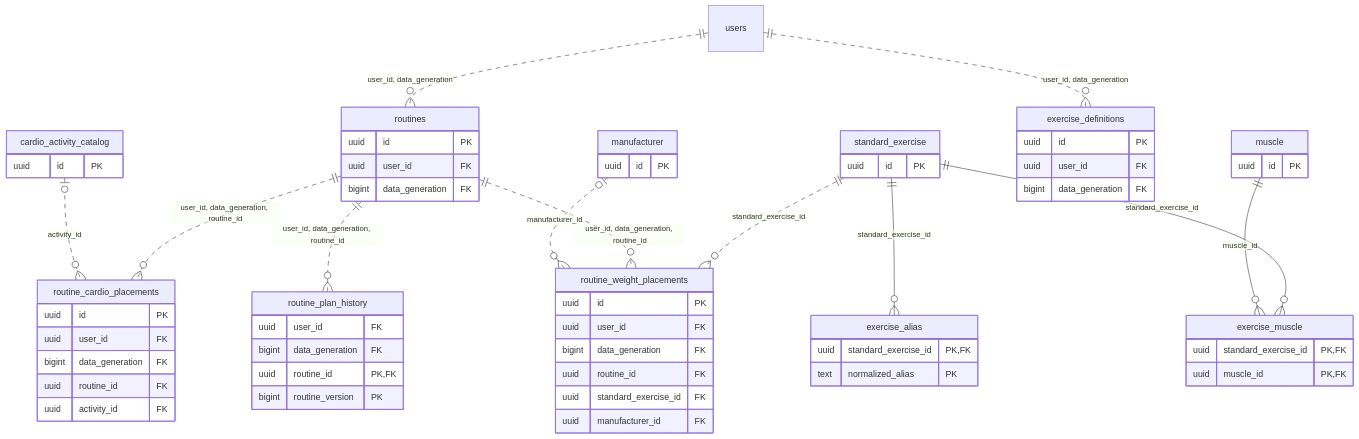
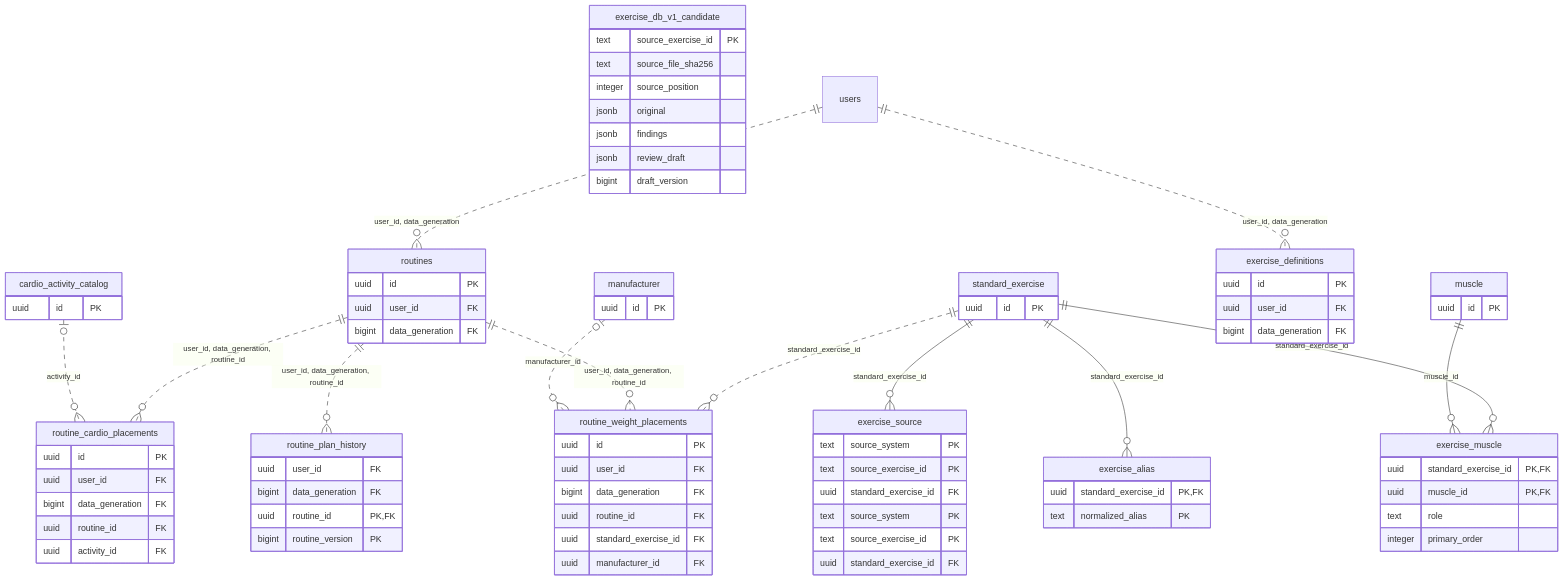
One commit to Bona-Stella/overload-server changed the fourth of 8 diagrams in docs/database/erd.md. Above: the diagram before and after it, drawn with Mermaid. The commit also changed other lines of this file and 88 other files, not shown here.

Commit message:
feat: complete standard exercise catalog backend integration

```diff
--- a/docs/database/erd.md
+++ b/docs/database/erd.md
@@ -145,6 +148,22 @@
     exercise_muscle {
         uuid standard_exercise_id PK, FK
         uuid muscle_id PK, FK
+        text role
+        integer primary_order
+    }
+    exercise_db_v1_candidate {
+        text source_exercise_id PK
+        text source_file_sha256
+        integer source_position
+        jsonb original
+        jsonb findings
+        jsonb review_draft
+        bigint draft_version
+    }
+    exercise_source {
+        text source_system PK
+        text source_exercise_id PK
+        uuid standard_exercise_id FK
     }
     manufacturer {
         uuid id PK
@@ -183,6 +202,12 @@
         uuid routine_id PK, FK
         bigint routine_version PK
     }
+    exercise_source {
+        text source_system PK
+        text source_exercise_id PK
+        uuid standard_exercise_id FK
+    }
+    standard_exercise ||--o{ exercise_source : "standard_exercise_id"
     standard_exercise ||--o{ exercise_alias : "standard_exercise_id"
     users ||..o{ exercise_definitions : "user_id, data_generation"
     muscle ||--o{ exercise_muscle : "muscle_id"
```
